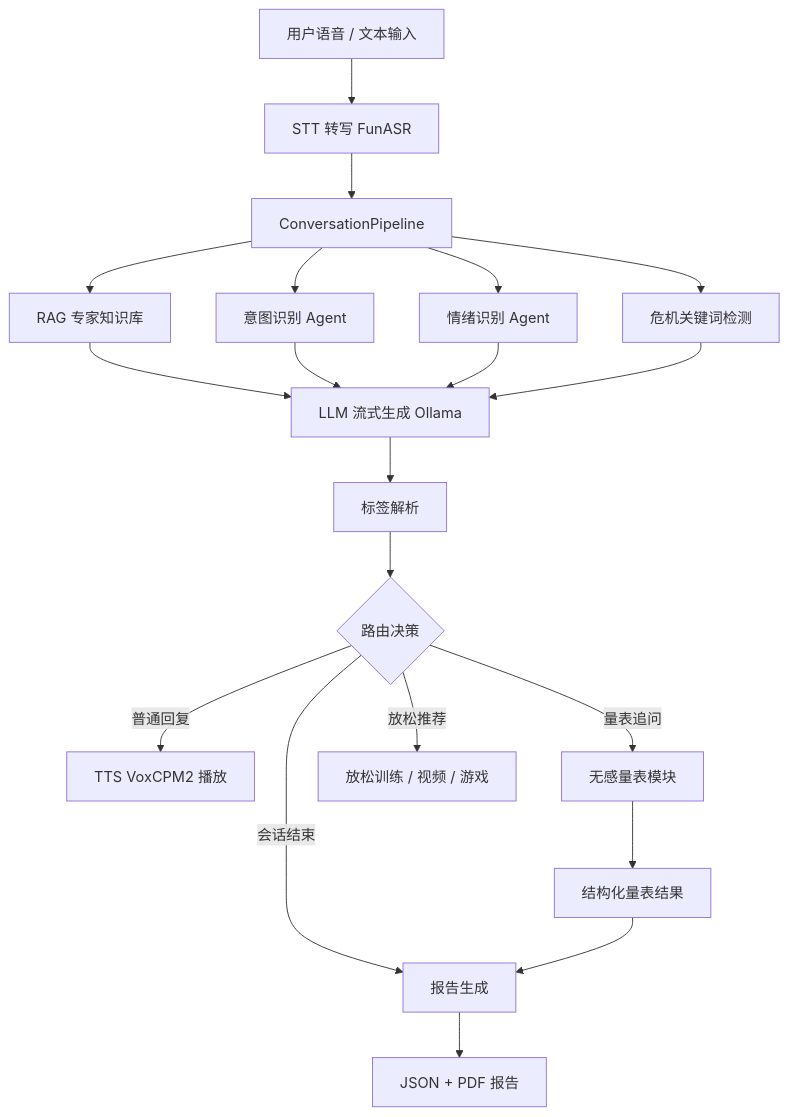
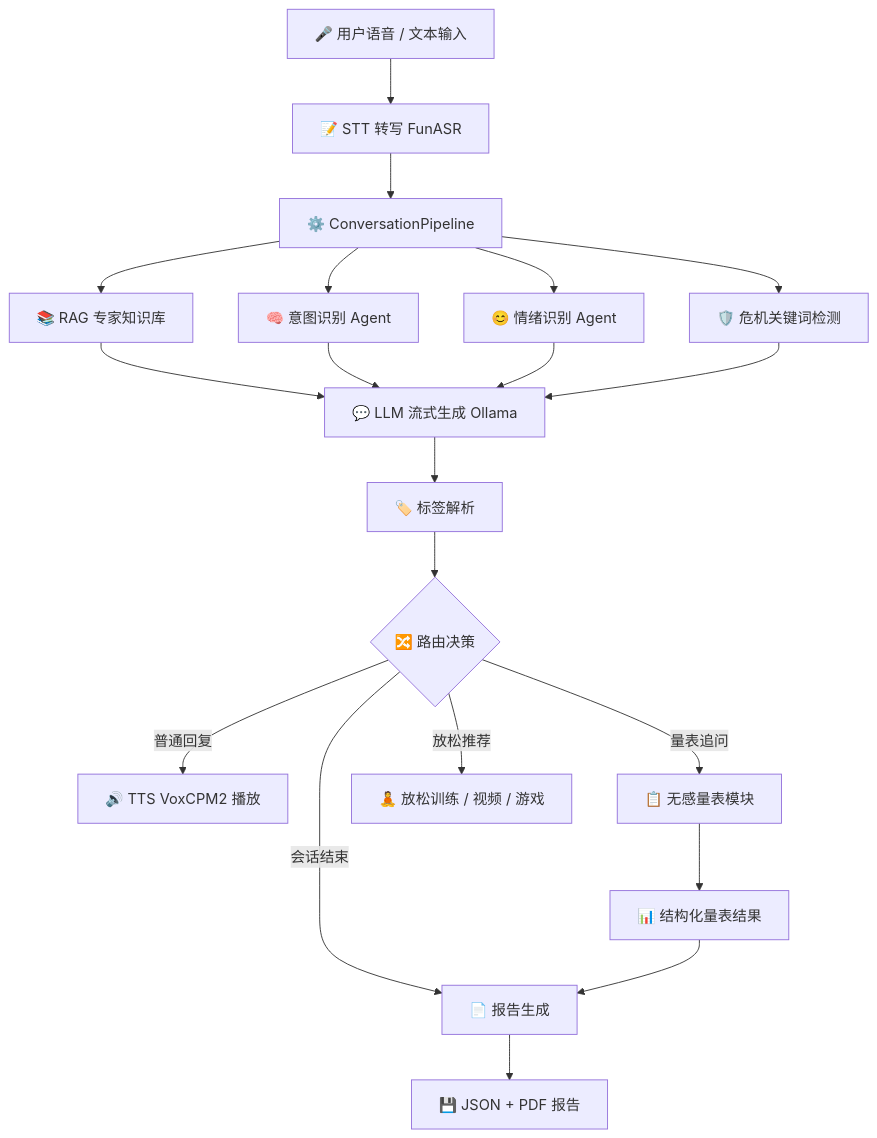
The first of 4 diagrams in README.md (jersery66/voicechat3), drawn with Mermaid before and after one commit. The commit also changed other lines of this file, not shown here.

````diff
--- a/README.md
+++ b/README.md
@@ -144,22 +144,22 @@
 ```mermaid
 flowchart TD
-    A[用户语音 / 文本输入] --> B[STT 转写 FunASR]
-    B --> C[ConversationPipeline]
-    C --> D[意图识别 Agent]
-    C --> E[情绪识别 Agent]
-    C --> F[危机关键词检测]
-    C --> G[RAG 专家知识库]
-    G --> H[LLM 流式生成 Ollama]
+    A[🎤 用户语音 / 文本输入] --> B[📝 STT 转写 FunASR]
+    B --> C[⚙️ ConversationPipeline]
+    C --> D[🧠 意图识别 Agent]
+    C --> E[😊 情绪识别 Agent]
+    C --> F[🛡️ 危机关键词检测]
+    C --> C2[📚 RAG 专家知识库]
+    C2 --> H[💬 LLM 流式生成 Ollama]
     D --> H
     E --> H
     F --> H
-    H --> I[标签解析]
-    I --> J{路由决策}
-    J -->|普通回复| K[TTS VoxCPM2 播放]
-    J -->|量表追问| L[无感量表模块]
-    J -->|放松推荐| M[放松训练 / 视频 / 游戏]
-    J -->|会话结束| N[报告生成]
-    L --> O[结构化量表结果]
+    H --> I[🏷️ 标签解析]
+    I --> J{🔀 路由决策}
+    J -->|普通回复| K[🔊 TTS VoxCPM2 播放]
+    J -->|量表追问| L[📋 无感量表模块]
+    J -->|放松推荐| M[🧘 放松训练 / 视频 / 游戏]
+    J -->|会话结束| N[📄 报告生成]
+    L --> O[📊 结构化量表结果]
     O --> N
-    N --> P[JSON + PDF 报告]
+    N --> P[💾 JSON + PDF 报告]
 ```
````
